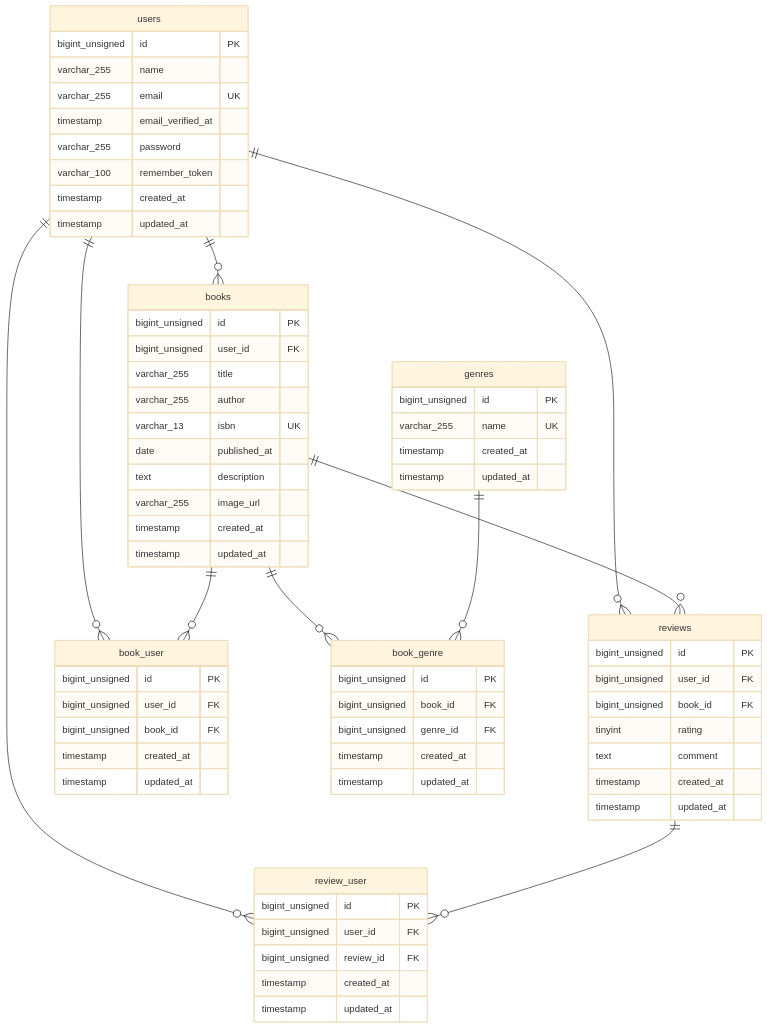
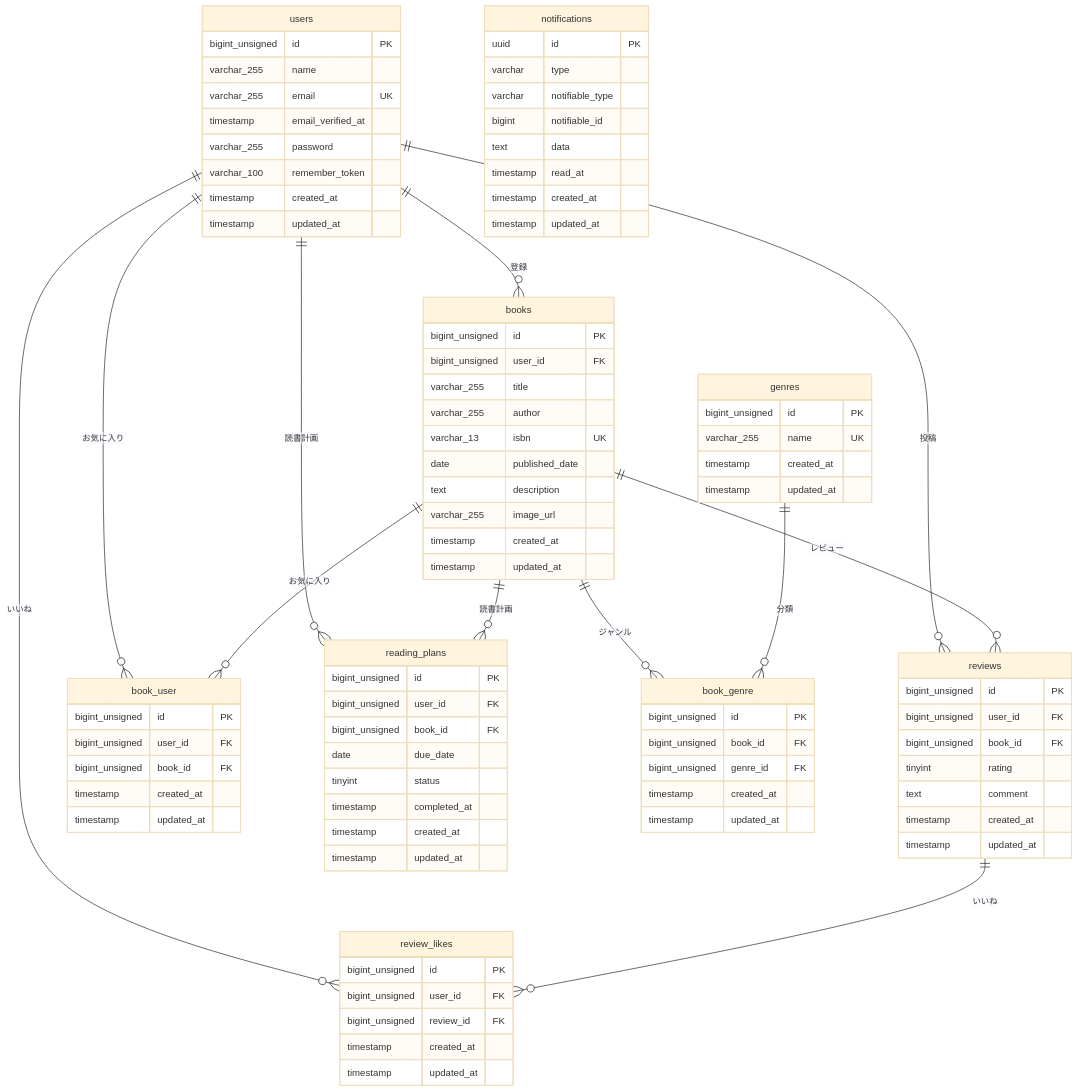
The diagram in README.md (kino-mari/bookshelf-app), drawn with Mermaid (base theme) before and after one commit. The commit also changed other lines of this file and 79 other files, not shown here.

````diff
--- a/README.md
+++ b/README.md
@@ -3,16 +56,18 @@
 ```mermaid
 erDiagram
-    users ||--o{ books : ""
-    users ||--o{ reviews : ""
-    users ||--o{ book_user : ""
-    users ||--o{ review_user : ""
+    users ||--o{ books : "登録"
+    users ||--o{ reviews : "投稿"
+    users ||--o{ book_user : "お気に入り"
+    users ||--o{ review_likes : "いいね"
+    users ||--o{ reading_plans : "読書計画"
 
-    books ||--o{ reviews : ""
-    books ||--o{ book_genre : ""
-    books ||--o{ book_user : ""
+    books ||--o{ reviews : "レビュー"
+    books ||--o{ book_genre : "ジャンル"
+    books ||--o{ book_user : "お気に入り"
+    books ||--o{ reading_plans : "読書計画"
 
-    genres ||--o{ book_genre : ""
-    reviews ||--o{ review_user : ""
+    genres ||--o{ book_genre : "分類"
+    reviews ||--o{ review_likes : "いいね"
 
     users {
         bigint_unsigned id PK
@@ -25,22 +80,22 @@
         timestamp updated_at
     }
 
-    genres {
-        bigint_unsigned id PK
-        varchar_255 name UK
-        timestamp created_at
-        timestamp updated_at
-    }
-
     books {
         bigint_unsigned id PK
         bigint_unsigned user_id FK
         varchar_255 title
         varchar_255 author
         varchar_13 isbn UK
-        date published_at
+        date published_date
         text description
         varchar_255 image_url
+        timestamp created_at
+        timestamp updated_at
+    }
+
+    genres {
+        bigint_unsigned id PK
+        varchar_255 name UK
         timestamp created_at
         timestamp updated_at
     }
@@ -71,11 +126,33 @@
         timestamp updated_at
     }
 
-    review_user {
+    review_likes {
         bigint_unsigned id PK
         bigint_unsigned user_id FK
         bigint_unsigned review_id FK
         timestamp created_at
         timestamp updated_at
     }
+
+    reading_plans {
+        bigint_unsigned id PK
+        bigint_unsigned user_id FK
+        bigint_unsigned book_id FK
+        date due_date
+        tinyint status
+        timestamp completed_at
+        timestamp created_at
+        timestamp updated_at
+    }
+
+    notifications {
+        uuid id PK
+        varchar type
+        varchar notifiable_type
+        bigint notifiable_id
+        text data
+        timestamp read_at
+        timestamp created_at
+        timestamp updated_at
+    }
 ```
````
